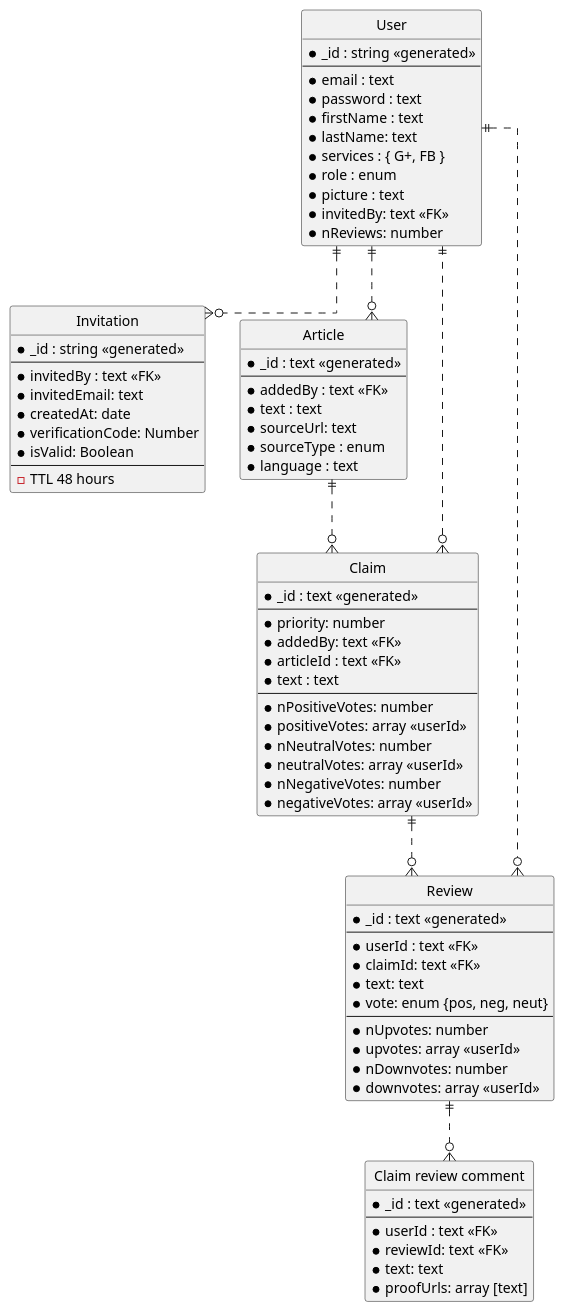
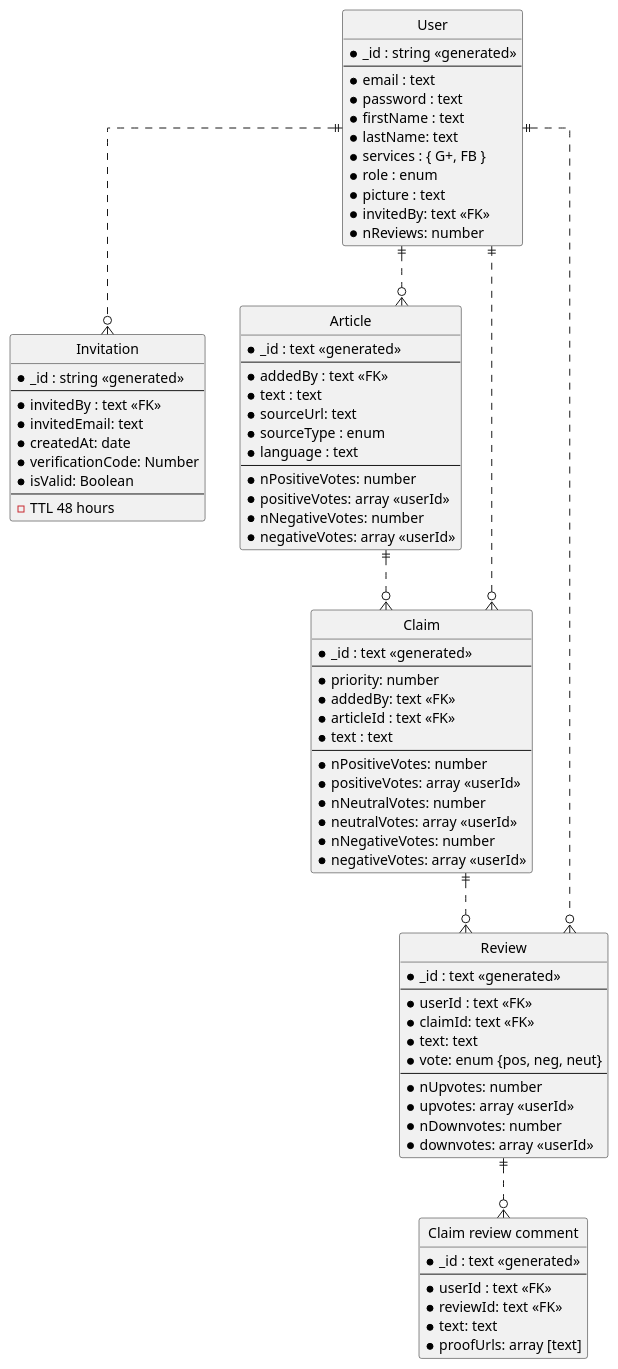
The diagram in sys_docs/entity_relations.puml (aic-factcheck/fact_checking_be), drawn with PlantUML before and after one commit. The commit also changed 2 other files, not shown here.

Commit message:
added votes to articles

```diff
--- a/sys_docs/entity_relations.puml
+++ b/sys_docs/entity_relations.puml
@@ -1,94 +1,95 @@
 @startuml
 ' hide the spot
 hide circle
 
 ' avoid problems with angled crows feet
 skinparam linetype ortho
 
 entity "User" as user {
   *_id : string <<generated>>
   --
   *email : text
   *password : text
   *firstName : text
   *lastName: text
   *services : { G+, FB }
   *role : enum
   *picture : text
   *invitedBy: text <<FK>>
   *nReviews: number
 }
 
 entity "Invitation" as inv {
   *_id : string <<generated>>
   --
   *invitedBy : text <<FK>>
   *invitedEmail: text
   *createdAt: date
   *verificationCode: Number
   *isValid: Boolean
   --
   - TTL 48 hours
 }
 
 entity "Article" as article {
   *_id : text <<generated>>
   --
   *addedBy : text <<FK>>
   *text : text
   *sourceUrl: text
   *sourceType : enum
   *language : text
+  --
+  *nPositiveVotes: number
+  *positiveVotes: array <<userId>>
+  *nNegativeVotes: number
+  *negativeVotes: array <<userId>>
 }
 
 entity "Claim" as claim {
   *_id : text <<generated>>
   --
   *priority: number
   *addedBy: text <<FK>>
   *articleId : text <<FK>>
   *text : text
   --
   *nPositiveVotes: number
   *positiveVotes: array <<userId>>
   *nNeutralVotes: number
   *neutralVotes: array <<userId>>
   *nNegativeVotes: number
   *negativeVotes: array <<userId>>
-  ' *nUpvotes: number
-  ' *upvotes: array <<userId>>
-  ' *nDownvotes: number
-  ' *downvotes: array <<userId>>
 }
 
 entity "Review" as review {
   *_id : text <<generated>>
   --
   *userId : text <<FK>>
   *claimId: text <<FK>>
   *text: text
   *vote: enum {pos, neg, neut}
   --
   *nUpvotes: number
   *upvotes: array <<userId>>
   *nDownvotes: number
   *downvotes: array <<userId>>
 }
 
 entity "Claim review comment" as claimReviewComment {
   *_id : text <<generated>>
   --
   *userId : text <<FK>>
   *reviewId: text <<FK>>
   *text: text
   *proofUrls: array [text] 
 }
 
 user ||..o{ article
 user ||..o{ inv
 article ||..o{ claim
 user ||..o{ review
 claim ||..o{ review
 claim }o..|| user
 review ||..o{ claimReviewComment
 @enduml
```
